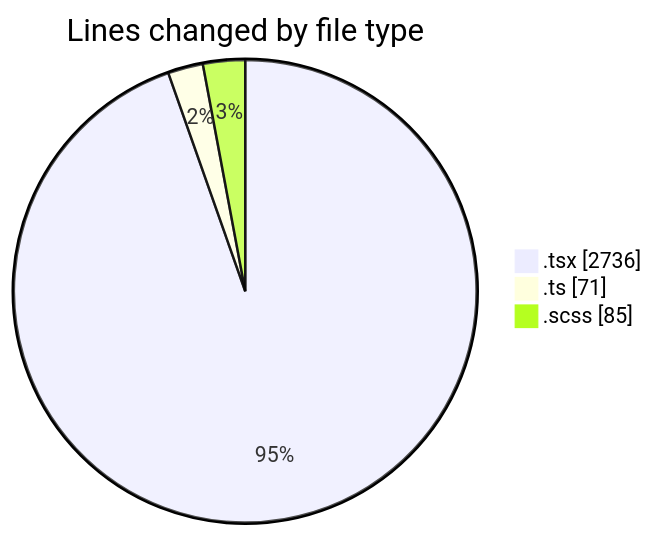
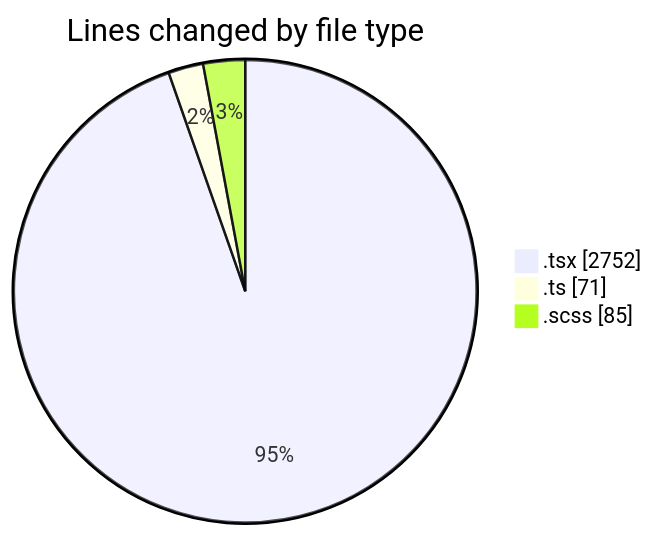
The first of 2 diagrams in 2025-02-11/cda/README.md (momahboobian/code-tracking), drawn with Mermaid before and after one commit. The commit also changed other lines of this file and 1 other file, not shown here.

````diff
--- a/2025-02-11/cda/README.md
+++ b/2025-02-11/cda/README.md
@@ -24,7 +24,7 @@
 ```mermaid
 pie showData
 title Lines changed by file type
-".tsx" : 2736
+".tsx" : 2752
 ".ts" : 71
 ".scss" : 85
 ```
````
